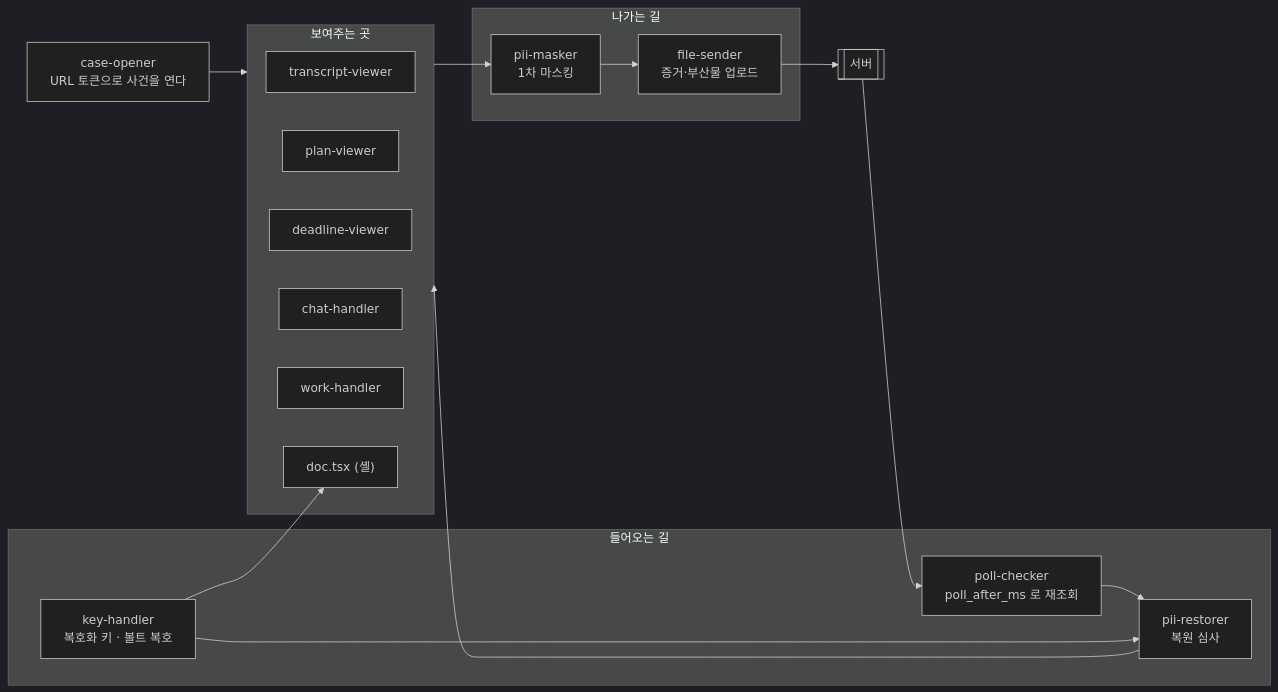
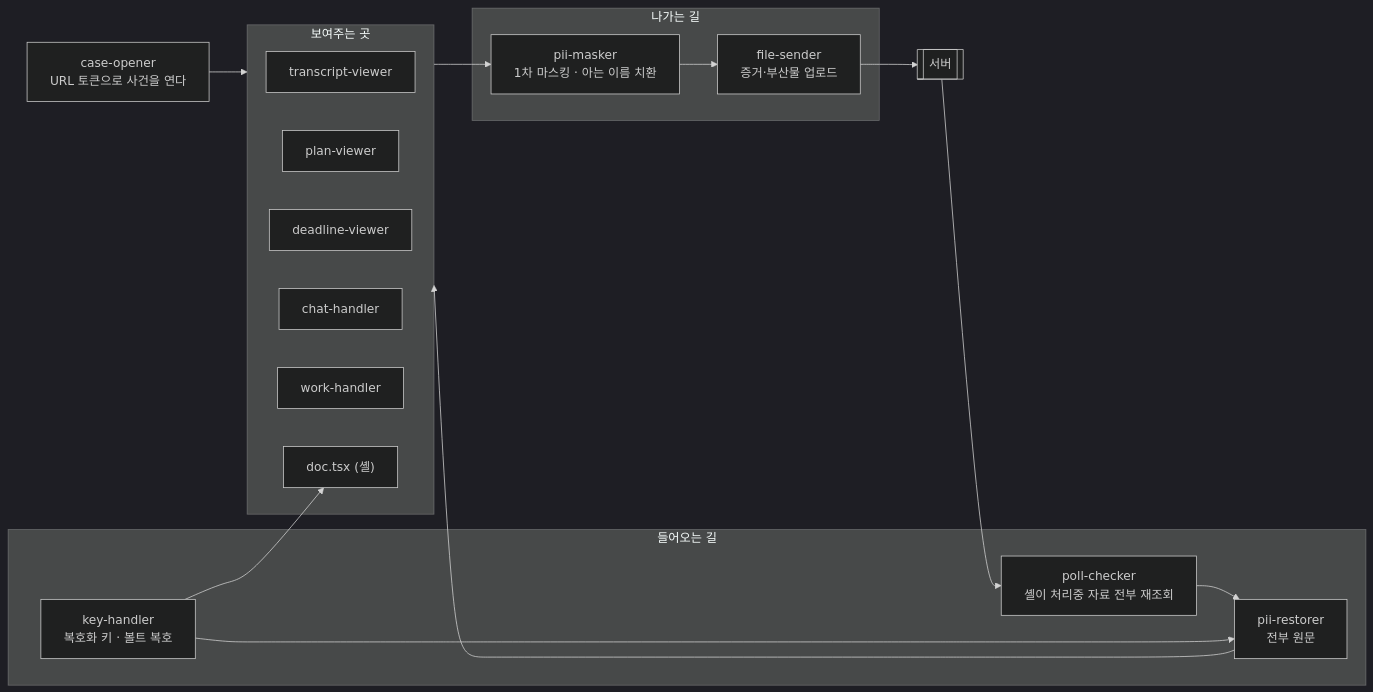
The seventh of 9 diagrams in ARCHITECTURE.md (Dojaegyum/fsec-ai-challenge), drawn with Mermaid (dark theme) before and after one commit. The commit also changed other lines of this file and 9 other files, not shown here.

First line of the commit message:
ARCHITECTURE.md 를 2026-09-06 main 기준으로 다시 쓴다 — 앱 밖 모델 서비스 · 볼트 · 크론 셋 · 실제 데이터 흐름을 그리고 미결 절은 없앤다 (doc-gardening 셋째 손질)

````diff
--- a/ARCHITECTURE.md
+++ b/ARCHITECTURE.md
@@ -284,30 +370,30 @@
 ```mermaid
 flowchart LR
     OPEN["case-opener<br/>URL 토큰으로 사건을 연다"]
 
     subgraph OUTBOUND["나가는 길"]
-        MASK["pii-masker<br/>1차 마스킹"]
+        MASK["pii-masker<br/>1차 마스킹 · 아는 이름 치환"]
         SEND["file-sender<br/>증거·부산물 업로드"]
     end
 
     subgraph INBOUND["들어오는 길"]
-        POLL["poll-checker<br/>poll_after_ms 로 재조회"]
+        POLL["poll-checker<br/>셸이 처리중 자료 전부 재조회"]
         KEY["key-handler<br/>복호화 키 · 볼트 복호"]
-        REST2["pii-restorer<br/>복원 심사"]
+        REST2["pii-restorer<br/>전부 원문"]
     end
 
     subgraph SHOW["보여주는 곳"]
         TV["transcript-viewer"]
         PV["plan-viewer"]
         DV["deadline-viewer"]
         CH["chat-handler"]
         WH["work-handler"]
         DF["doc.tsx (셸)"]
     end
 
     OPEN --> SHOW
     SHOW --> MASK --> SEND --> SERVER[["서버"]]
     SERVER --> POLL --> REST2 --> SHOW
     KEY --> REST2
     KEY --> DF
 ```
````
